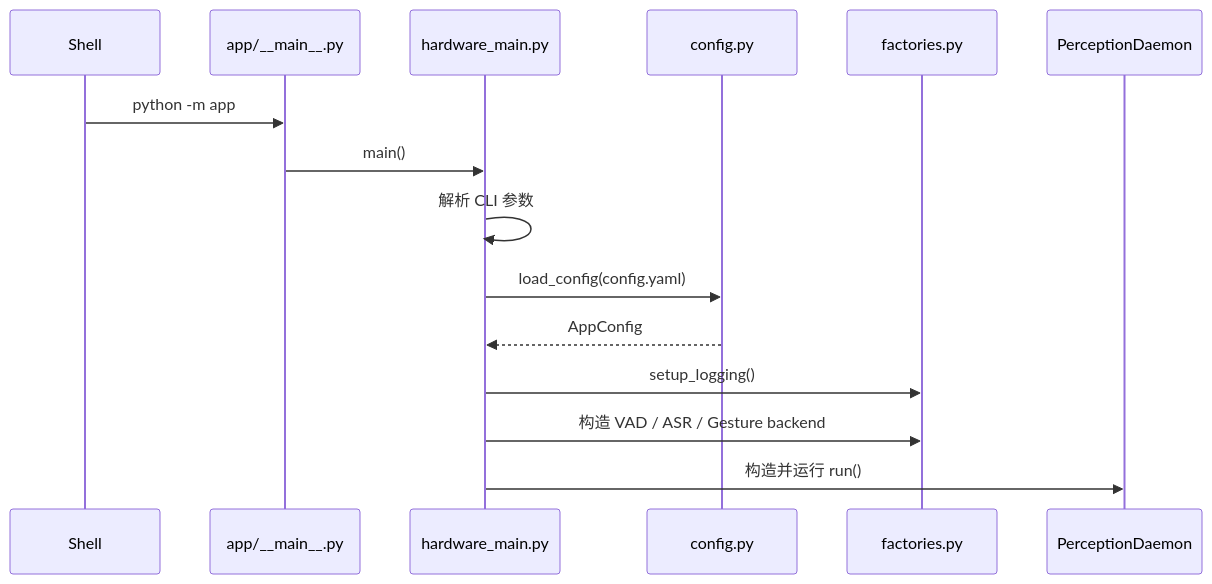
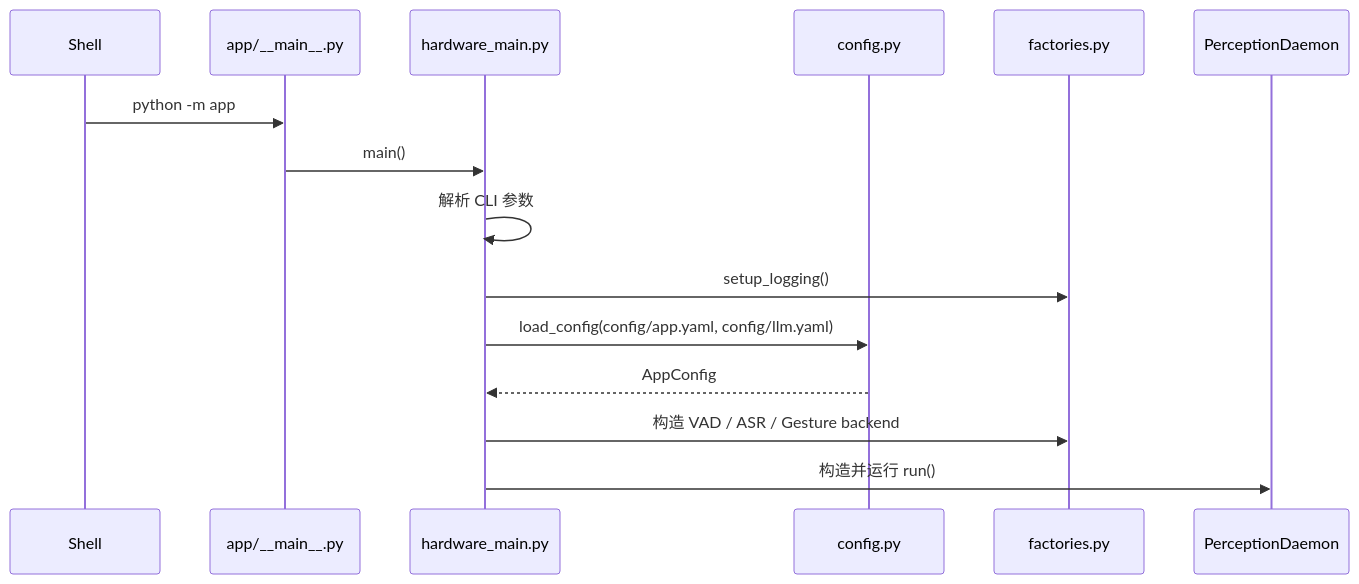
One commit to CrazyJassBread/desktop_bot changed the second of 4 diagrams in docs/app-pipeline.md. Above: the diagram before and after it, drawn with Mermaid. The commit also changed other lines of this file and 2 other files, not shown here.

Commit message:
docs: explain private LLM configuration

````diff
--- a/docs/app-pipeline.md
+++ b/docs/app-pipeline.md
@@ -109,18 +111,18 @@
 ```mermaid
 sequenceDiagram
     participant Shell as Shell
     participant Entry as app/__main__.py
     participant Main as hardware_main.py
     participant Config as config.py
     participant Factory as factories.py
     participant Daemon as PerceptionDaemon
 
     Shell->>Entry: python -m app
     Entry->>Main: main()
     Main->>Main: 解析 CLI 参数
-    Main->>Config: load_config(config.yaml)
+    Main->>Factory: setup_logging()
+    Main->>Config: load_config(config/app.yaml, config/llm.yaml)
     Config-->>Main: AppConfig
-    Main->>Factory: setup_logging()
     Main->>Factory: 构造 VAD / ASR / Gesture backend
     Main->>Daemon: 构造并运行 run()
 ```
````
